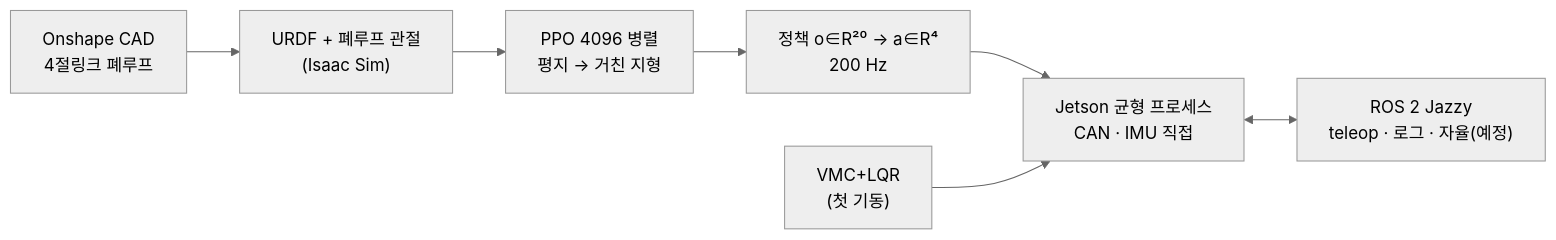
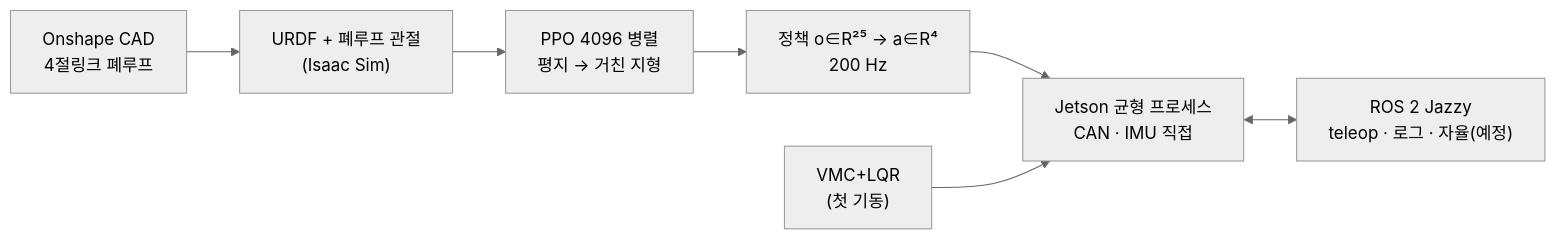
One commit to AkimaraYouki/perseverance changed the diagram in docs/lab-meeting/README.md. Above: the diagram before and after it, drawn with Mermaid (neutral theme). The commit also changed other lines of this file and 10 other files, not shown here.

````diff
--- a/docs/lab-meeting/README.md
+++ b/docs/lab-meeting/README.md
@@ -16,9 +16,9 @@
 ```mermaid
 flowchart LR
   CAD["Onshape CAD<br/>4절링크 폐루프"] --> URDF["URDF + 폐루프 관절<br/>(Isaac Sim)"]
   URDF --> RL["PPO 4096 병렬<br/>평지 → 거친 지형"]
-  RL --> POL["정책 o∈R²⁰ → a∈R⁴<br/>200 Hz"]
+  RL --> POL["정책 o∈R²⁵ → a∈R⁴<br/>200 Hz"]
   POL --> JET["Jetson 균형 프로세스<br/>CAN · IMU 직접"]
   LQR["VMC+LQR<br/>(첫 기동)"] --> JET
   JET <--> ROS["ROS 2 Jazzy<br/>teleop · 로그 · 자율(예정)"]
 ```
````
